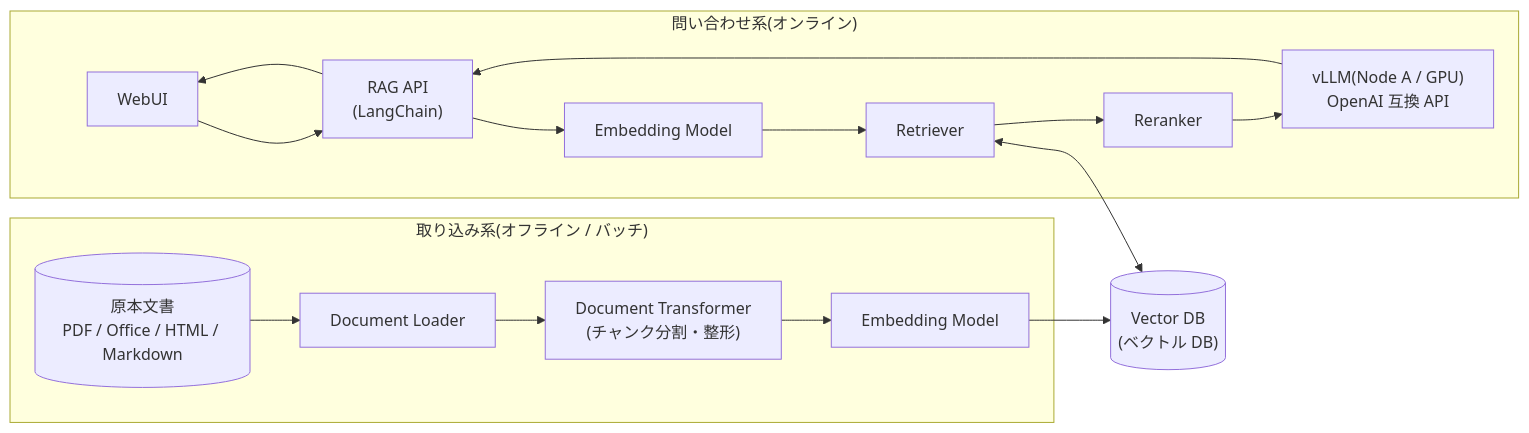
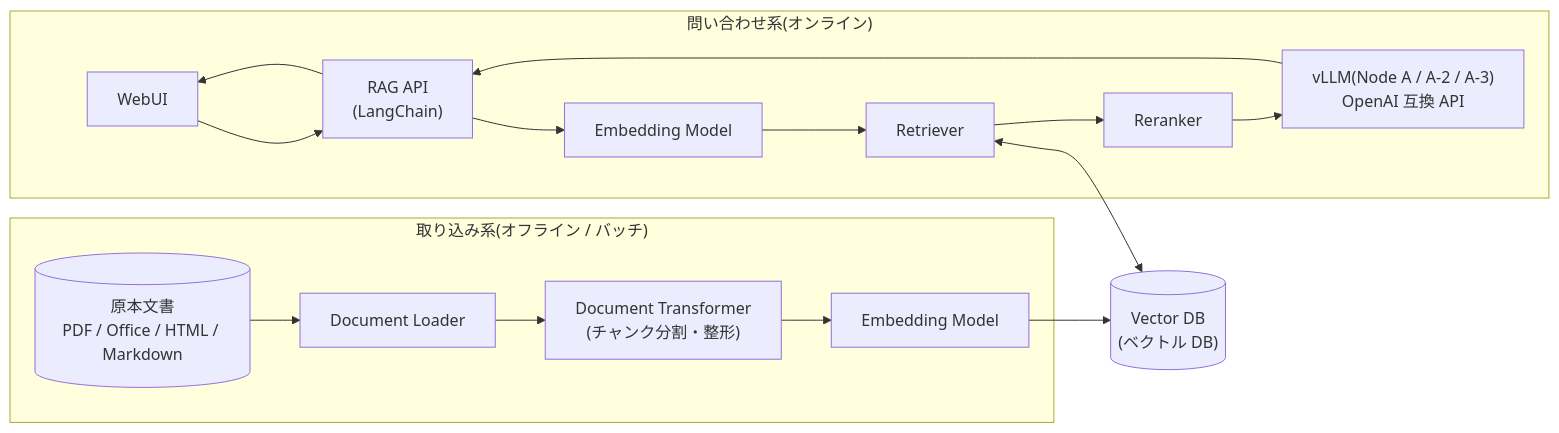
One commit to irimura/rag-system changed the first of 2 diagrams in 01-design/README.md. Above: the diagram before and after it, drawn with Mermaid. The commit also changed other lines of this file and 16 other files, not shown here.

First line of the commit message:
Document three-node GPU inference architecture

````diff
--- a/01-design/README.md
+++ b/01-design/README.md
@@ -9,26 +9,26 @@
 ```mermaid
 flowchart LR
     subgraph ingest["取り込み系(オフライン / バッチ)"]
         SRC[("原本文書<br/>PDF / Office / HTML / Markdown")]
         DL["Document Loader"]
         TR["Document Transformer<br/>(チャンク分割・整形)"]
         EM1["Embedding Model"]
         SRC --> DL --> TR --> EM1
     end
 
     subgraph query["問い合わせ系(オンライン)"]
         UI["WebUI"]
         API["RAG API<br/>(LangChain)"]
         EM2["Embedding Model"]
         RET["Retriever"]
         RR["Reranker"]
-        LLM["vLLM(Node A / GPU)<br/>OpenAI 互換 API"]
+        LLM["vLLM(Node A / A-2 / A-3)<br/>OpenAI 互換 API"]
         UI --> API
         API --> EM2 --> RET --> RR --> LLM
         LLM --> API --> UI
     end
 
     VDB[("Vector DB<br/>(ベクトル DB)")]
     EM1 --> VDB
     RET <--> VDB
 ```
````
